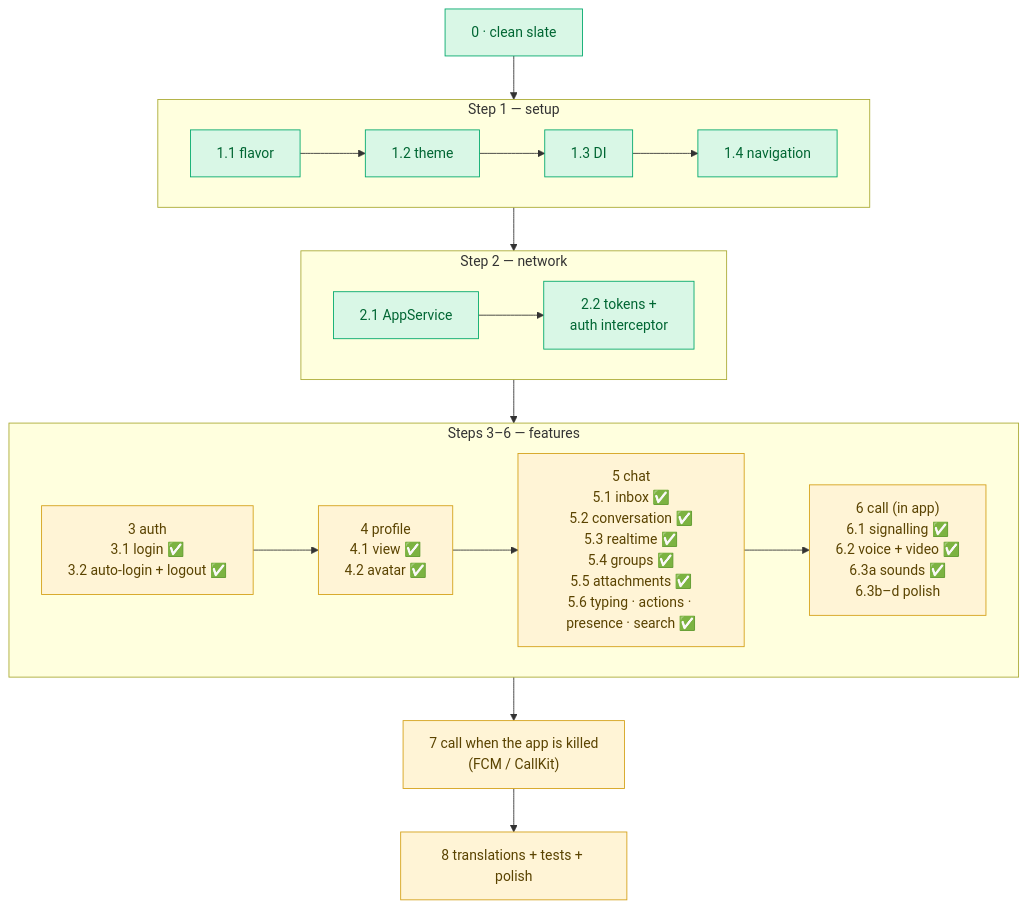
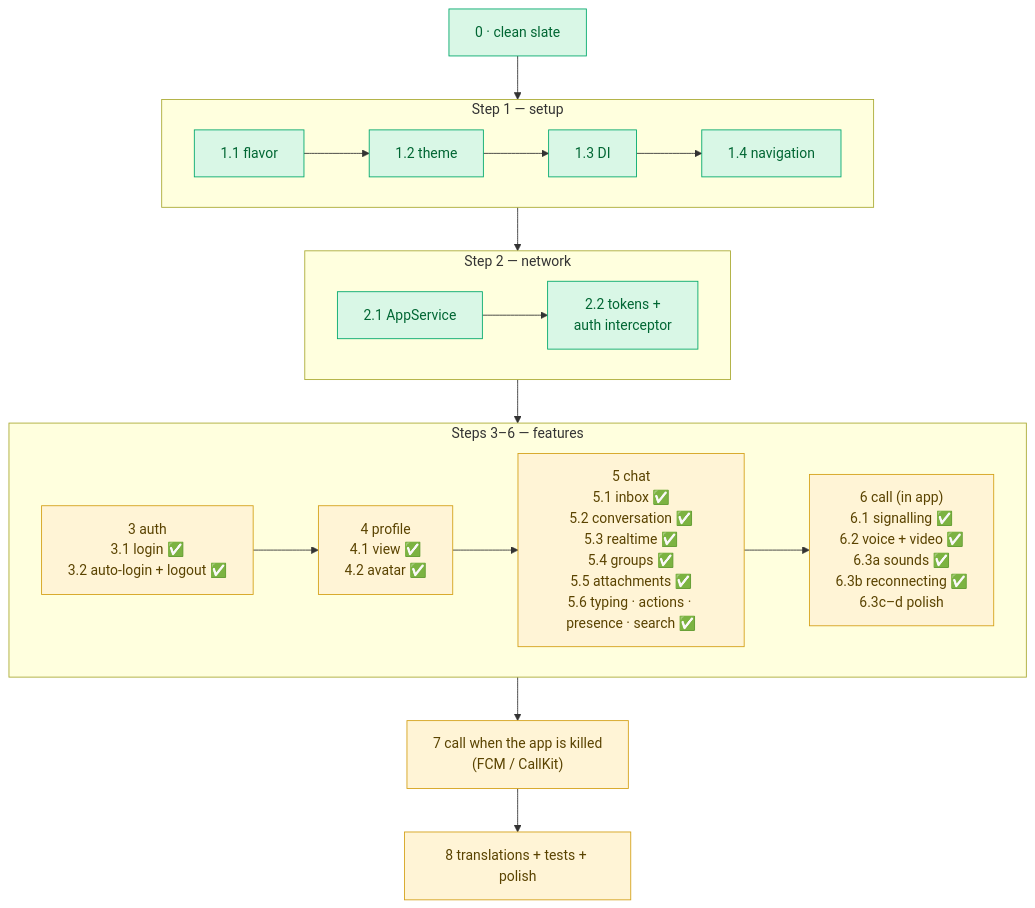
The third of 3 diagrams in docs/learning/REBUILD/README.md (krouchvanyda/erp_flutter_claude), drawn with Mermaid before and after one commit. The commit also changed other lines of this file and 14 other files, not shown here.

Commit message:
feat(call): implement reconnecting functionality with timeout and status updates

````diff
--- a/docs/learning/REBUILD/README.md
+++ b/docs/learning/REBUILD/README.md
@@ -73,26 +73,26 @@
 ```mermaid
 flowchart TD
     S0["0 · clean slate"] --> STEP1
     subgraph STEP1["Step 1 — setup"]
         direction LR
         S11["1.1 flavor"] --> S12["1.2 theme"] --> S13["1.3 DI"] --> S14["1.4 navigation"]
     end
     STEP1 --> STEP2
     subgraph STEP2["Step 2 — network"]
         direction LR
         S21["2.1 AppService"] --> S22["2.2 tokens +<br/>auth interceptor"]
     end
     STEP2 --> FEATS
     subgraph FEATS["Steps 3–6 — features"]
         direction LR
-        S3["3 auth<br/>3.1 login ✅<br/>3.2 auto-login + logout ✅"] --> S4["4 profile<br/>4.1 view ✅<br/>4.2 avatar ✅"] --> S5["5 chat<br/>5.1 inbox ✅<br/>5.2 conversation ✅<br/>5.3 realtime ✅<br/>5.4 groups ✅<br/>5.5 attachments ✅<br/>5.6 typing · actions · presence · search ✅"] --> S6["6 call (in app)<br/>6.1 signalling ✅<br/>6.2 voice + video ✅<br/>6.3a sounds ✅<br/>6.3b–d polish"]
+        S3["3 auth<br/>3.1 login ✅<br/>3.2 auto-login + logout ✅"] --> S4["4 profile<br/>4.1 view ✅<br/>4.2 avatar ✅"] --> S5["5 chat<br/>5.1 inbox ✅<br/>5.2 conversation ✅<br/>5.3 realtime ✅<br/>5.4 groups ✅<br/>5.5 attachments ✅<br/>5.6 typing · actions · presence · search ✅"] --> S6["6 call (in app)<br/>6.1 signalling ✅<br/>6.2 voice + video ✅<br/>6.3a sounds ✅<br/>6.3b reconnecting ✅<br/>6.3c–d polish"]
     end
     FEATS --> S7["7 call when the app is killed<br/>(FCM / CallKit)"] --> S8["8 translations + tests + polish"]
     class S0,S11,S12,S13,S14,S21,S22 ok
     class S3,S4,S5,S6,S7,S8 wait
     classDef app fill:#dbe9ff,stroke:#3b6fd8,color:#123
     classDef ok fill:#d9f7e6,stroke:#00a86b,color:#063
     classDef wait fill:#fff4d6,stroke:#d4a017,color:#5a4300
     classDef none fill:#eeeeee,stroke:#999,color:#555
     classDef err fill:#fde2e2,stroke:#d64545,color:#611
 ```
````
